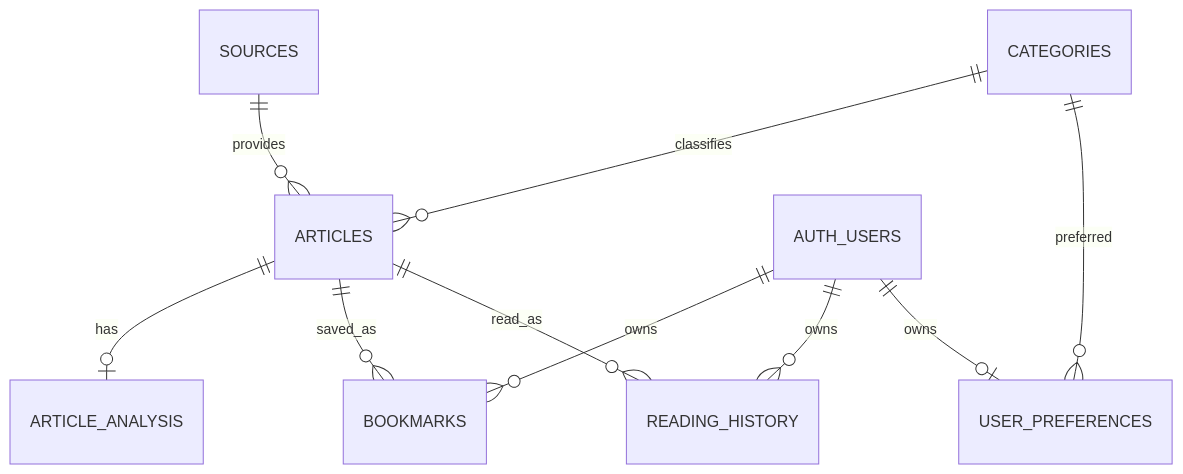
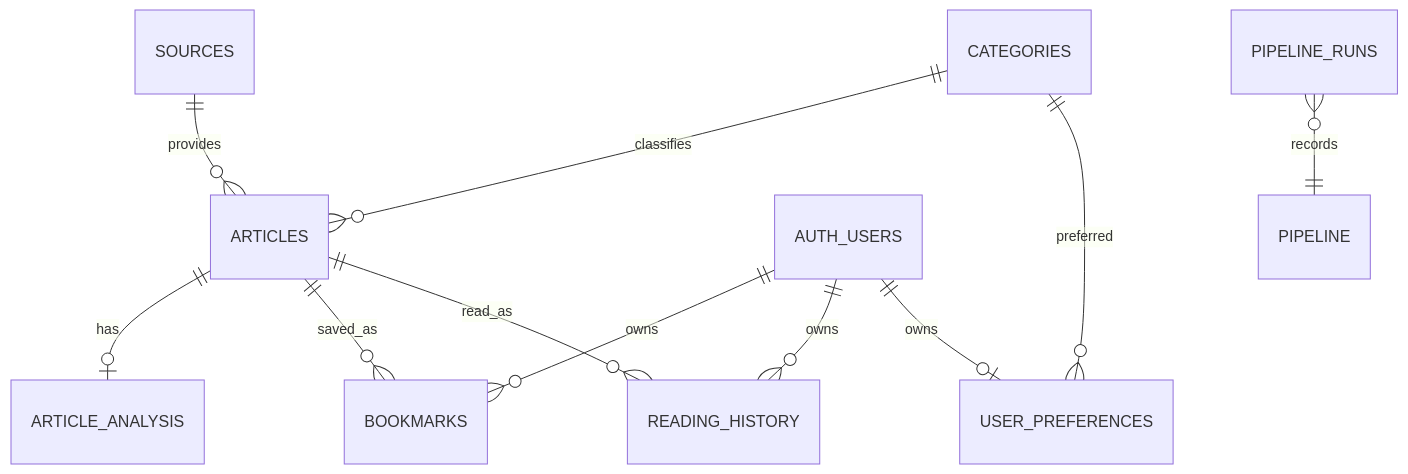
The seventh of 7 diagrams in docs/architecture.md (ElvissYo/MandiriAINews), drawn with Mermaid before and after one commit. The commit also changed other lines of this file and 41 other files, not shown here.

````diff
--- a/docs/architecture.md
+++ b/docs/architecture.md
@@ -165,12 +239,13 @@
 ```mermaid
 erDiagram
     SOURCES ||--o{ ARTICLES : provides
     CATEGORIES ||--o{ ARTICLES : classifies
     ARTICLES ||--o| ARTICLE_ANALYSIS : has
     AUTH_USERS ||--o{ BOOKMARKS : owns
     ARTICLES ||--o{ BOOKMARKS : saved_as
     AUTH_USERS ||--o{ READING_HISTORY : owns
     ARTICLES ||--o{ READING_HISTORY : read_as
     AUTH_USERS ||--o| USER_PREFERENCES : owns
     CATEGORIES ||--o{ USER_PREFERENCES : preferred
+    PIPELINE_RUNS }o--|| PIPELINE : records
 ```
````
